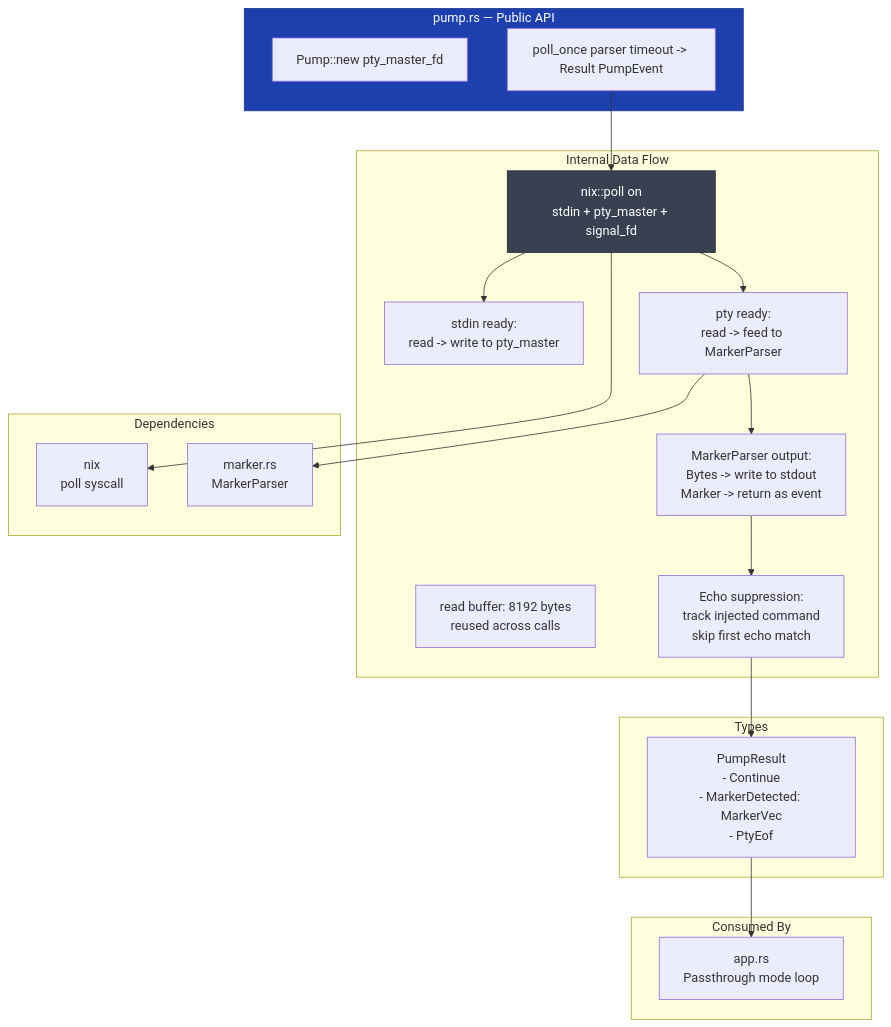
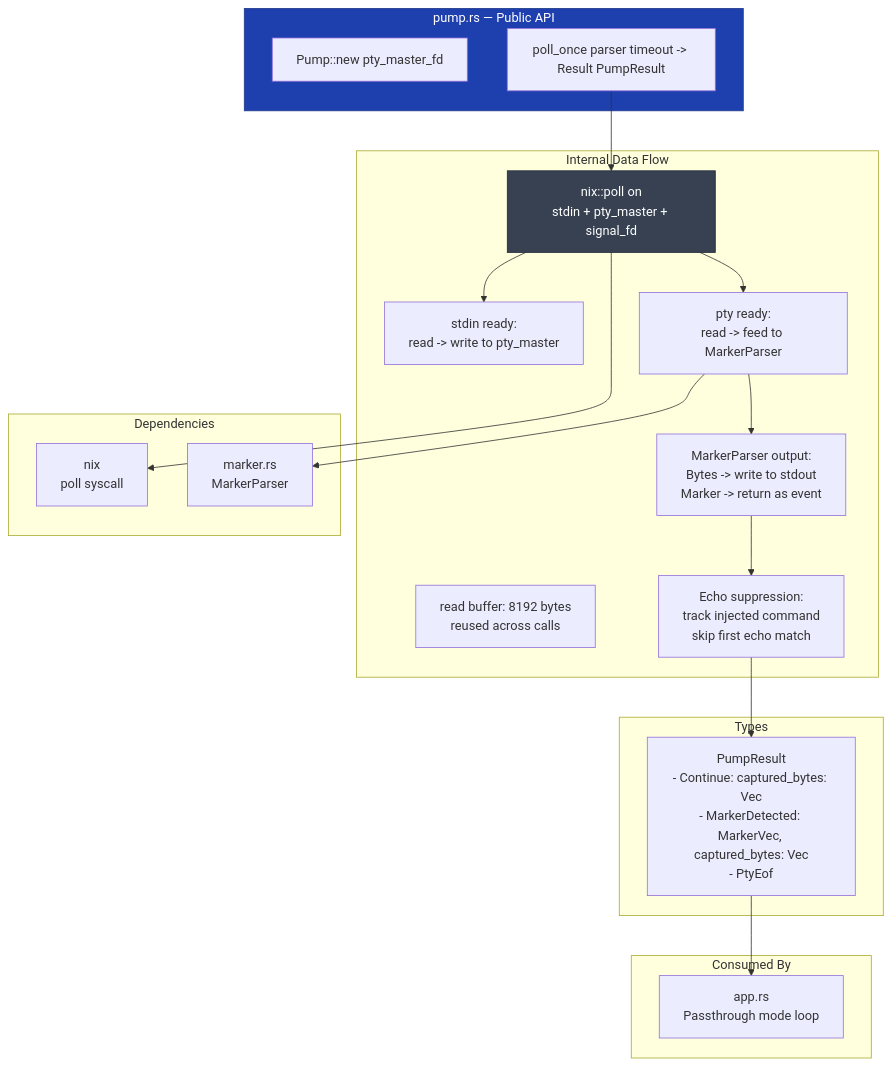
The diagram in docs/mvp/06-module-pump.mermaid (ex1tium/wrashpty), drawn with Mermaid before and after one commit. The commit also changed 28 other files, not shown here.

```diff
--- a/docs/mvp/06-module-pump.mermaid
+++ b/docs/mvp/06-module-pump.mermaid
@@ -1,42 +1,42 @@
 graph TB
     subgraph pump_public["pump.rs — Public API"]
         new_pump["Pump::new pty_master_fd"]
-        poll_once["poll_once parser timeout -> Result PumpEvent"]
+        poll_once["poll_once parser timeout -> Result PumpResult"]
     end
 
     subgraph pump_types["Types"]
-        event["PumpResult\n- Continue\n- MarkerDetected: MarkerVec\n- PtyEof"]
+        event["PumpResult\n- Continue: captured_bytes: Vec<u8>\n- MarkerDetected: MarkerVec, captured_bytes: Vec<u8>\n- PtyEof"]
     end
 
     subgraph pump_internal["Internal Data Flow"]
         buf_in["read buffer: 8192 bytes\nreused across calls"]
         poll_call["nix::poll on\nstdin + pty_master + signal_fd"]
         stdin_path["stdin ready:\nread -> write to pty_master"]
         pty_path["pty ready:\nread -> feed to MarkerParser"]
         marker_check["MarkerParser output:\nBytes -> write to stdout\nMarker -> return as event"]
         echo_sup["Echo suppression:\ntrack injected command\nskip first echo match"]
     end
 
     poll_once --> poll_call
     poll_call --> stdin_path
     poll_call --> pty_path
     pty_path --> marker_check
     marker_check --> echo_sup
     echo_sup --> event
 
     subgraph pump_deps["Dependencies"]
         d_nix["nix\npoll syscall"]
         d_marker["marker.rs\nMarkerParser"]
     end
 
     poll_call --> d_nix
     pty_path --> d_marker
 
     subgraph pump_consumers["Consumed By"]
         c_app["app.rs\nPassthrough mode loop"]
     end
 
     event --> c_app
 
     style pump_public fill:#1e40af,stroke:#1e3a8a,color:#fff
     style poll_call fill:#374151,stroke:#1f2937,color:#fff
```
